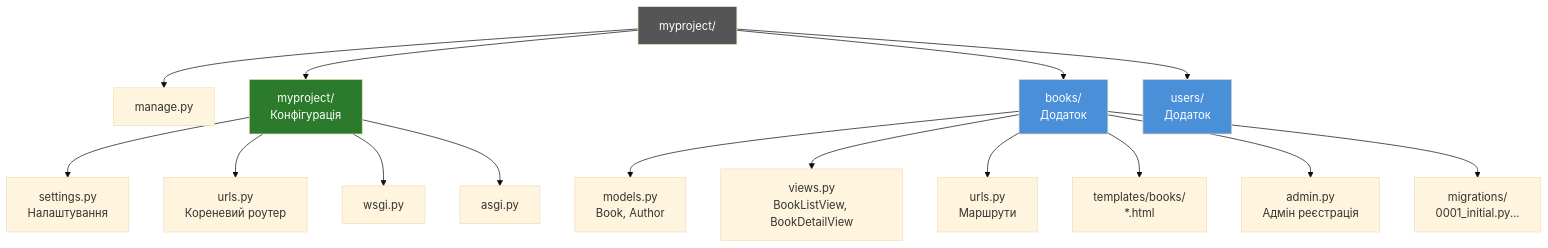
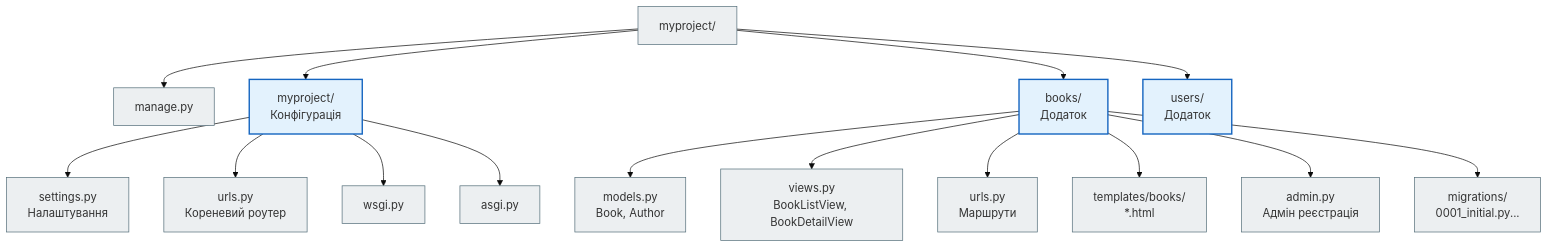
Before and after one commit to NikoriakViktot/notes_chat_app: the sixth of 19 diagrams in docs/02_django_core/django_mermaid_full.md, drawn with Mermaid (base theme). The commit also changed other lines of this file and 441 other files, not shown here.

First line of the commit message:
Add English version of the book, Mermaid standard, docs fixes

````diff
--- a/docs/02_django_core/django_mermaid_full.md
+++ b/docs/02_django_core/django_mermaid_full.md
@@ -160,24 +167,24 @@
 ```mermaid
 graph TD
     Root[myproject/] --> Manage[manage.py]
-    Root --> Config[myproject/\nКонфігурація]
-    Root --> App1[books/\nДодаток]
-    Root --> App2[users/\nДодаток]
+    Root --> Config["myproject/<br>Конфігурація"]
+    Root --> App1["books/<br>Додаток"]
+    Root --> App2["users/<br>Додаток"]
 
-    Config --> Settings[settings.py\nНалаштування]
-    Config --> URLs[urls.py\nКореневий роутер]
+    Config --> Settings["settings.py<br>Налаштування"]
+    Config --> URLs["urls.py<br>Кореневий роутер"]
     Config --> WSGI[wsgi.py]
     Config --> ASGI[asgi.py]
 
-    App1 --> Models[models.py\nBook, Author]
-    App1 --> Views[views.py\nBookListView, BookDetailView]
-    App1 --> AppURLs[urls.py\nМаршрути]
-    App1 --> Templates[templates/books/\n*.html]
-    App1 --> Admin_py[admin.py\nАдмін реєстрація]
-    App1 --> Migrations[migrations/\n0001_initial.py...]
+    App1 --> Models["models.py<br>Book, Author"]
+    App1 --> Views["views.py<br>BookListView, BookDetailView"]
+    App1 --> AppURLs["urls.py<br>Маршрути"]
+    App1 --> Templates["templates/books/<br>*.html"]
+    App1 --> Admin_py["admin.py<br>Адмін реєстрація"]
+    App1 --> Migrations["migrations/<br>0001_initial.py..."]
 
-    style Root fill:#555,color:#fff
-    style Config fill:#2C7A2C,color:#fff
-    style App1 fill:#4A90D9,color:#fff
-    style App2 fill:#4A90D9,color:#fff
+    classDef step     fill:#eceff1,stroke:#546e7a,stroke-width:1px;
+    classDef decision fill:#e3f2fd,stroke:#1565c0,stroke-width:2px;
+    class Root,Manage,Settings,URLs,WSGI,ASGI,Models,Views,AppURLs,Templates,Admin_py,Migrations step;
+    class Config,App1,App2 decision;
 ```
````
